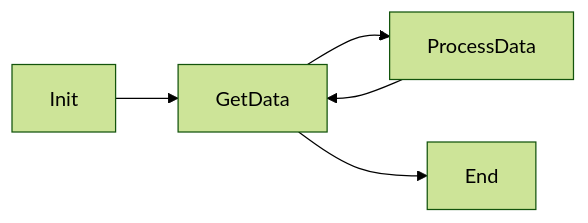
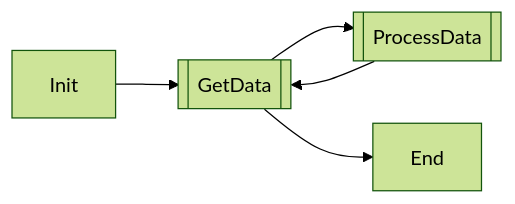
One commit to IvanDS-OF/Power-Automate---Repo---Documentation changed the third of 3 diagrams in Readme.md. Above: the diagram before and after it, drawn with Mermaid (forest theme). The commit also changed other lines of this file, not shown here.

````diff
--- a/Readme.md
+++ b/Readme.md
@@ -68,7 +68,7 @@
 ```mermaid
 graph LR;
-    Init --> GetData;
-    GetData --> ProcessData;
-    ProcessData --> GetData;
-    GetData --> End;
+    Init --> id1[[GetData]];
+    id1[[GetData]] --> id2[[ProcessData]];
+    id2[[ProcessData]] --> id1[[GetData]];
+    id1[[GetData]] --> End;
 ```
````
